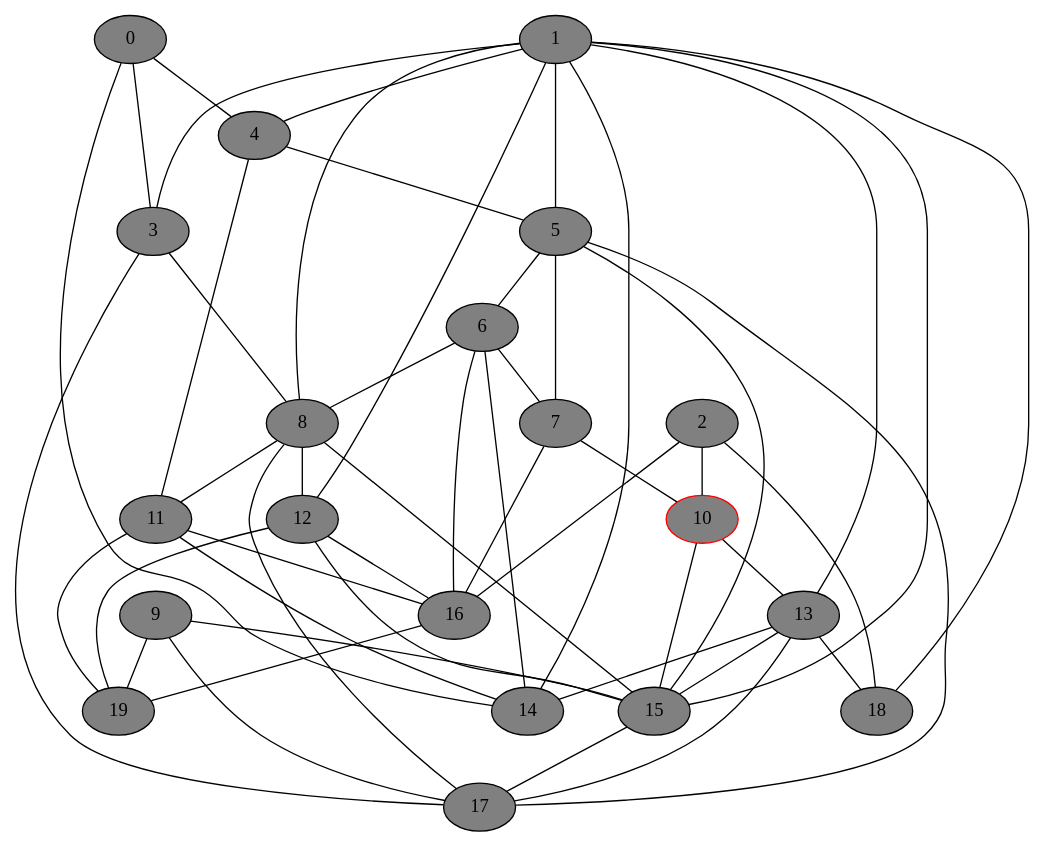
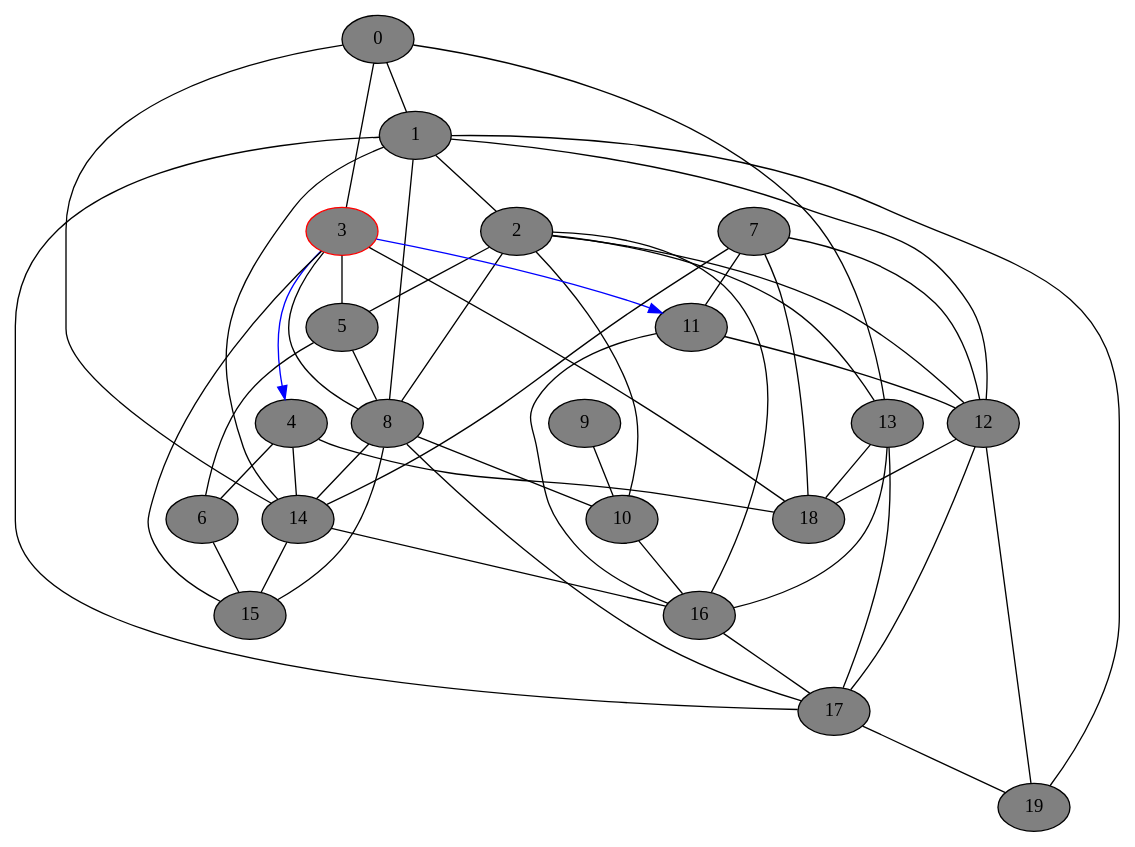
The diagram in gv_graphs/nxt0057.dot (DSMishler/EBA_models), drawn with Graphviz before and after one commit. The commit also changed 387 other files, not shown here.

```diff
--- a/gv_graphs/nxt0057.dot
+++ b/gv_graphs/nxt0057.dot
@@ -1,74 +1,74 @@
 // network test graph
 digraph
 {
 	0 [fillcolor=gray,style=filled,]
 	1 [fillcolor=gray,style=filled,]
 	2 [fillcolor=gray,style=filled,]
-	3 [fillcolor=gray,style=filled,]
+	3 [fillcolor=gray,style=filled,color=red,]
 	4 [fillcolor=gray,style=filled,]
 	5 [fillcolor=gray,style=filled,]
 	6 [fillcolor=gray,style=filled,]
 	7 [fillcolor=gray,style=filled,]
 	8 [fillcolor=gray,style=filled,]
 	9 [fillcolor=gray,style=filled,]
-	10 [fillcolor=gray,style=filled,color=red,]
+	10 [fillcolor=gray,style=filled,]
 	11 [fillcolor=gray,style=filled,]
 	12 [fillcolor=gray,style=filled,]
 	13 [fillcolor=gray,style=filled,]
 	14 [fillcolor=gray,style=filled,]
 	15 [fillcolor=gray,style=filled,]
 	16 [fillcolor=gray,style=filled,]
 	17 [fillcolor=gray,style=filled,]
 	18 [fillcolor=gray,style=filled,]
 	19 [fillcolor=gray,style=filled,]
+	0 -> 1 [dir=none]
 	0 -> 3 [dir=none]
-	0 -> 4 [dir=none]
+	0 -> 13 [dir=none]
 	0 -> 14 [dir=none]
-	1 -> 3 [dir=none]
-	1 -> 4 [dir=none]
-	1 -> 5 [dir=none]
+	1 -> 2 [dir=none]
 	1 -> 8 [dir=none]
 	1 -> 12 [dir=none]
-	1 -> 13 [dir=none]
 	1 -> 14 [dir=none]
-	1 -> 15 [dir=none]
-	1 -> 18 [dir=none]
+	1 -> 17 [dir=none]
+	1 -> 19 [dir=none]
+	2 -> 5 [dir=none]
+	2 -> 8 [dir=none]
 	2 -> 10 [dir=none]
+	2 -> 12 [dir=none]
+	2 -> 13 [dir=none]
 	2 -> 16 [dir=none]
-	2 -> 18 [dir=none]
+	3 -> 4 [dir=forward,color=blue,]
+	3 -> 5 [dir=none]
 	3 -> 8 [dir=none]
-	3 -> 17 [dir=none]
-	4 -> 5 [dir=none]
-	4 -> 11 [dir=none]
+	3 -> 11 [dir=forward,color=blue,]
+	3 -> 15 [dir=none]
+	3 -> 18 [dir=none]
+	4 -> 6 [dir=none]
+	4 -> 14 [dir=none]
+	4 -> 18 [dir=none]
 	5 -> 6 [dir=none]
-	5 -> 7 [dir=none]
-	5 -> 15 [dir=none]
-	5 -> 17 [dir=none]
-	6 -> 7 [dir=none]
-	6 -> 8 [dir=none]
-	6 -> 14 [dir=none]
-	6 -> 16 [dir=none]
-	7 -> 10 [dir=none]
-	7 -> 16 [dir=none]
-	8 -> 11 [dir=none]
-	8 -> 12 [dir=none]
+	5 -> 8 [dir=none]
+	6 -> 15 [dir=none]
+	7 -> 11 [dir=none]
+	7 -> 12 [dir=none]
+	7 -> 14 [dir=none]
+	7 -> 18 [dir=none]
+	8 -> 10 [dir=none]
+	8 -> 14 [dir=none]
 	8 -> 15 [dir=none]
 	8 -> 17 [dir=none]
-	9 -> 15 [dir=none]
-	9 -> 17 [dir=none]
-	9 -> 19 [dir=none]
-	10 -> 13 [dir=none]
-	10 -> 15 [dir=none]
-	11 -> 14 [dir=none]
+	9 -> 10 [dir=none]
+	10 -> 16 [dir=none]
+	11 -> 12 [dir=none]
 	11 -> 16 [dir=none]
-	11 -> 19 [dir=none]
-	12 -> 15 [dir=none]
-	12 -> 16 [dir=none]
+	12 -> 17 [dir=none]
+	12 -> 18 [dir=none]
 	12 -> 19 [dir=none]
-	13 -> 14 [dir=none]
-	13 -> 15 [dir=none]
+	13 -> 16 [dir=none]
 	13 -> 17 [dir=none]
 	13 -> 18 [dir=none]
-	15 -> 17 [dir=none]
-	16 -> 19 [dir=none]
+	14 -> 15 [dir=none]
+	14 -> 16 [dir=none]
+	16 -> 17 [dir=none]
+	17 -> 19 [dir=none]
 }
```
